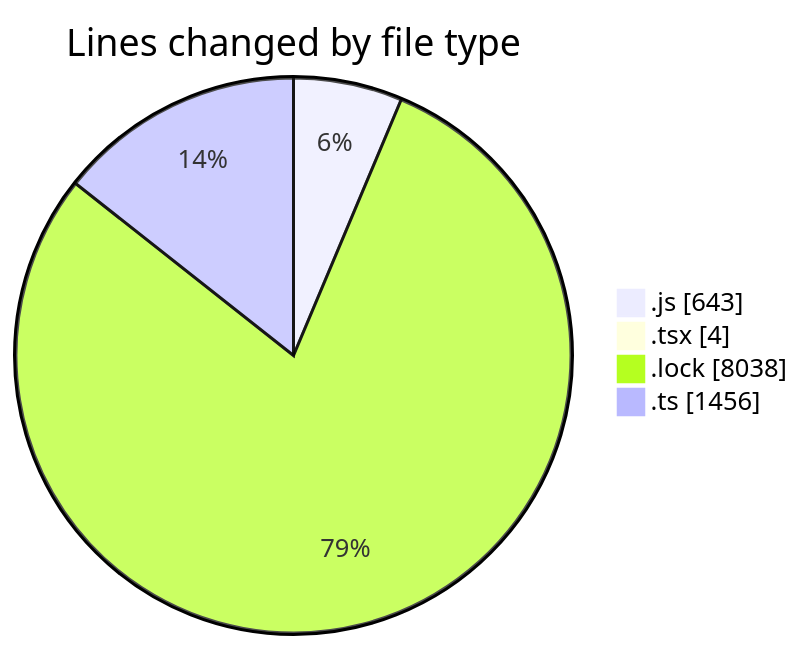
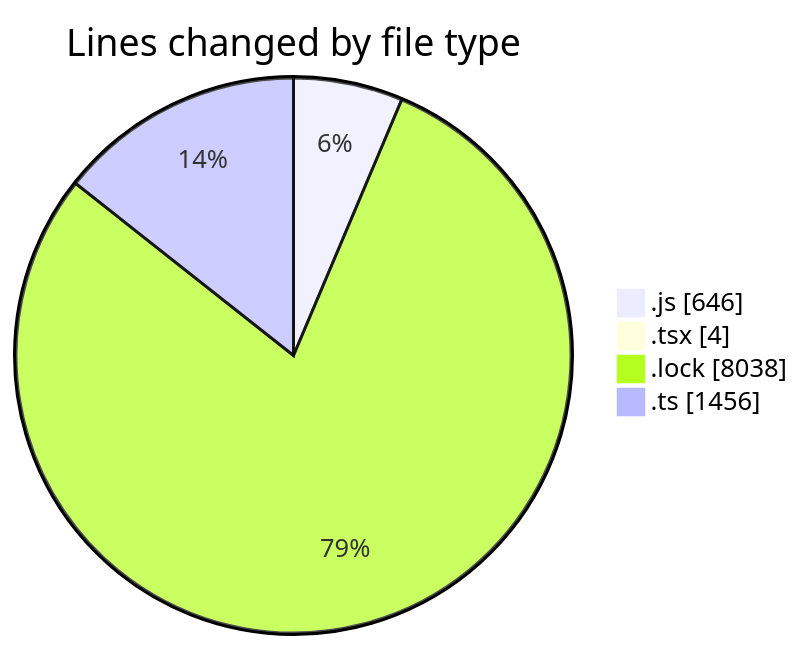
Before and after one commit to momahboobian/code-tracking: the first of 2 diagrams in 2025-03-11/cda/README.md, drawn with Mermaid. The commit also changed other lines of this file and 1 other file, not shown here.

````diff
--- a/2025-03-11/cda/README.md
+++ b/2025-03-11/cda/README.md
@@ -38,8 +38,8 @@
 ```mermaid
 pie showData
 title Lines changed by file type
-".js" : 643
+".js" : 646
 ".tsx" : 4
 ".lock" : 8038
 ".ts" : 1456
 ```
````
